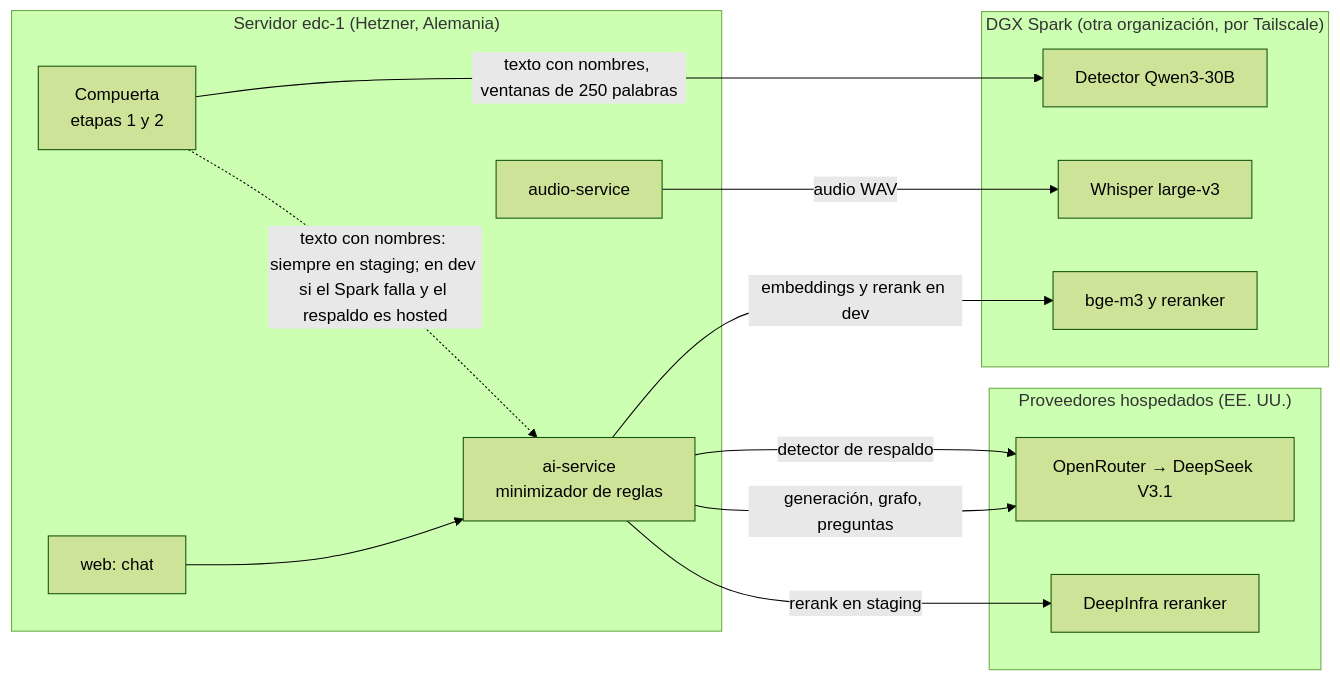
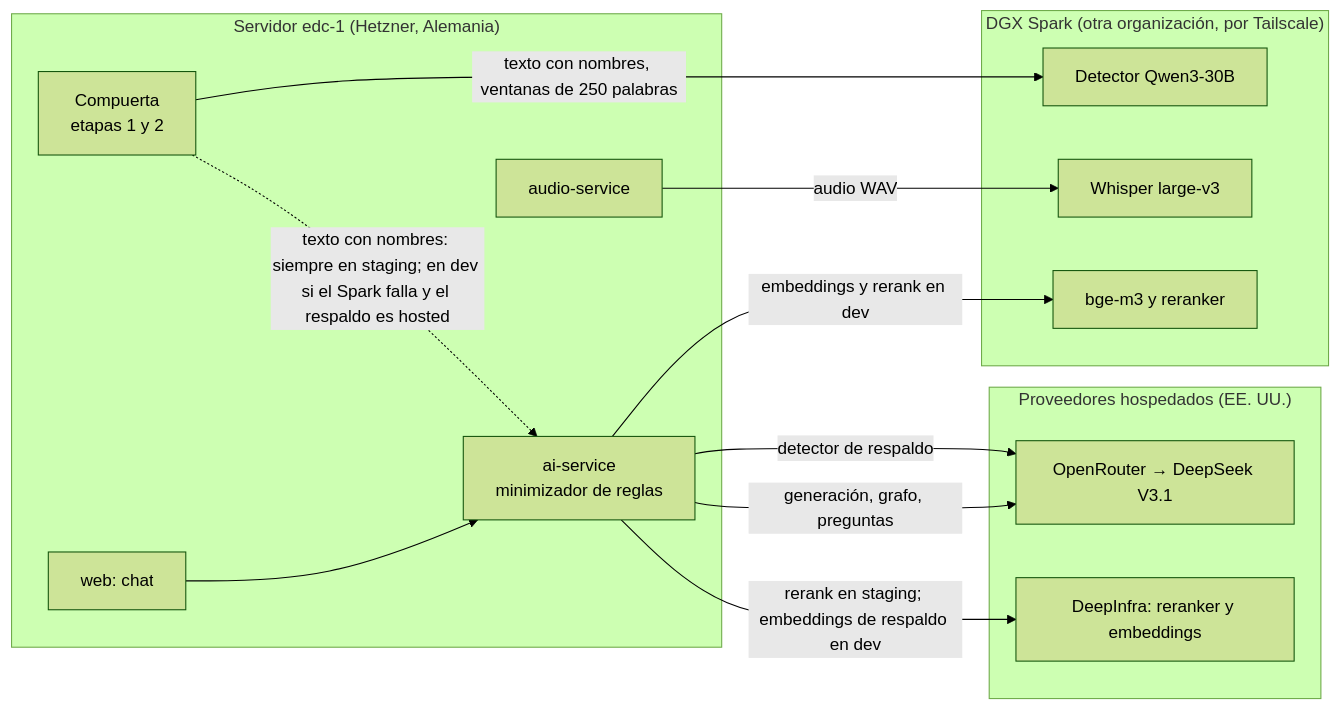
One commit to ecosistemas-de-conocimiento/ecosistemas-de-conocimiento changed the second of 2 diagrams in docs/06-privacidad-y-seguridad/proteccion-de-datos.md. Above: the diagram before and after it, drawn with Mermaid (forest theme). The commit also changed other lines of this file and 5 other files, not shown here.

````diff
--- a/docs/06-privacidad-y-seguridad/proteccion-de-datos.md
+++ b/docs/06-privacidad-y-seguridad/proteccion-de-datos.md
@@ -312,26 +336,26 @@
 ```mermaid
 flowchart LR
   subgraph EDC["Servidor edc-1 (Hetzner, Alemania)"]
     G[Compuerta<br/>etapas 1 y 2]
     AI[ai-service<br/>minimizador de reglas]
     W[web: chat]
     AU[audio-service]
   end
   subgraph SP["DGX Spark (otra organización, por Tailscale)"]
     DET[Detector Qwen3-30B]
     WH[Whisper large-v3]
     EMB[bge-m3 y reranker]
   end
   subgraph EXT["Proveedores hospedados (EE. UU.)"]
     OR[OpenRouter → DeepSeek V3.1]
-    DI[DeepInfra reranker]
+    DI[DeepInfra: reranker y embeddings]
   end
   G -->|texto con nombres, ventanas de 250 palabras| DET
   G -.->|texto con nombres: siempre en staging; en dev si el Spark falla y el respaldo es hosted| AI
   AI -->|detector de respaldo| OR
   AU -->|audio WAV| WH
   AI -->|embeddings y rerank en dev| EMB
   W --> AI
   AI -->|generación, grafo, preguntas| OR
-  AI -->|rerank en staging| DI
+  AI -->|rerank en staging; embeddings de respaldo en dev| DI
 ```
````
